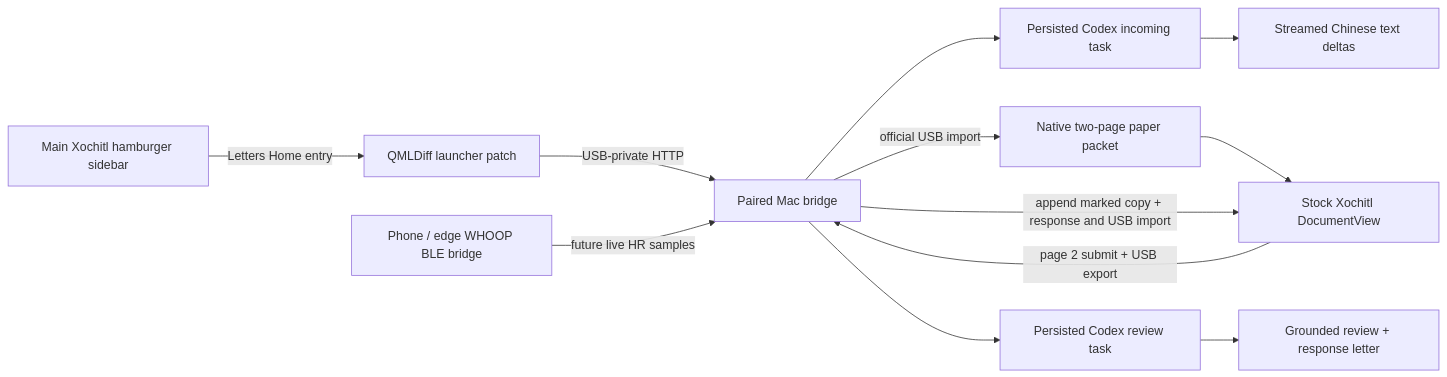
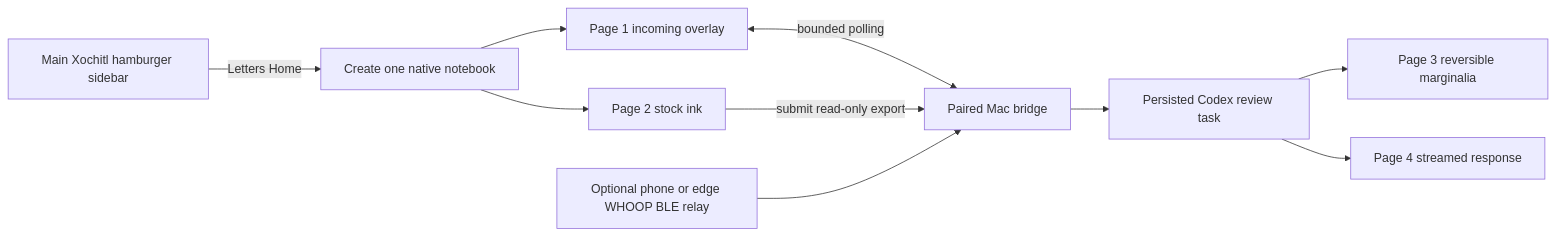
One commit to erniesg/if-letters-home-could-sing changed the diagram in docs/architecture.md. Above: the diagram before and after it, drawn with Mermaid. The commit also changed other lines of this file and 9 other files, not shown here.

Commit message:
docs: make the native notebook slice testable

````diff
--- a/docs/architecture.md
+++ b/docs/architecture.md
@@ -16,14 +20,12 @@
 ```mermaid
 flowchart LR
-    A["Main Xochitl hamburger sidebar"] -->|"Letters Home entry"| B["QMLDiff launcher patch"]
-    B -->|"USB-private HTTP"| C["Paired Mac bridge"]
-    C --> D["Persisted Codex incoming task"]
-    D --> E["Streamed Chinese text deltas"]
-    C -->|"official USB import"| F["Native two-page paper packet"]
-    F --> G["Stock Xochitl DocumentView"]
-    G -->|"page 2 submit + USB export"| C
-    C --> H["Persisted Codex review task"]
-    H --> I["Grounded review + response letter"]
-    C -->|"append marked copy + response and USB import"| G
-    J["Phone / edge WHOOP BLE bridge"] -->|"future live HR samples"| C
+    A["Main Xochitl hamburger sidebar"] -->|"Letters Home"| B["Create one native notebook"]
+    B --> C["Page 1 incoming overlay"]
+    B --> D["Page 2 stock ink"]
+    C <-->|"bounded polling"| E["Paired Mac bridge"]
+    D -->|"submit read-only export"| E
+    E --> F["Persisted Codex review task"]
+    F --> G["Page 3 reversible marginalia"]
+    F --> H["Page 4 streamed response"]
+    I["Optional phone or edge WHOOP BLE relay"] --> E
 ```
````
